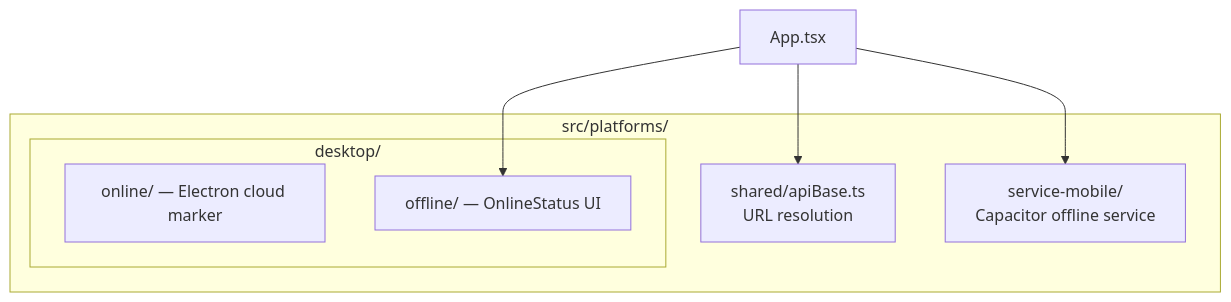
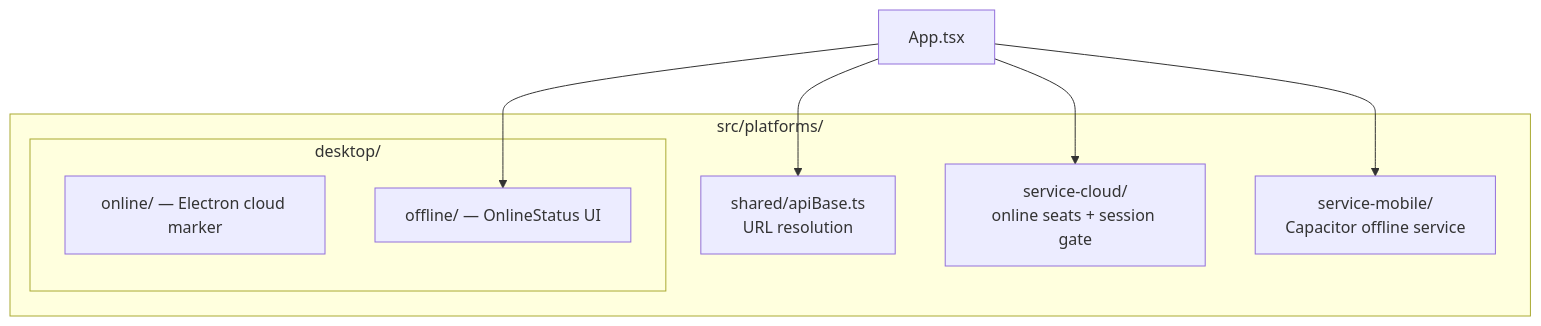
The diagram in engineering-academy/docs/frontend/platforms.md (prathame/DG-ERP), drawn with Mermaid before and after one commit. The commit also changed other lines of this file and 11 other files, not shown here.

````diff
--- a/engineering-academy/docs/frontend/platforms.md
+++ b/engineering-academy/docs/frontend/platforms.md
@@ -9,14 +9,16 @@
 ```mermaid
 graph TD
     subgraph "src/platforms/"
         Shared[shared/apiBase.ts<br/>URL resolution]
         subgraph "desktop/"
             DOnline[online/ — Electron cloud marker]
             DOffline[offline/ — OnlineStatus UI]
         end
+        SC[service-cloud/<br/>online seats + session gate]
         SM[service-mobile/<br/>Capacitor offline service]
     end
     App[App.tsx] --> Shared
     App --> DOffline
+    App --> SC
     App --> SM
 ```
````
